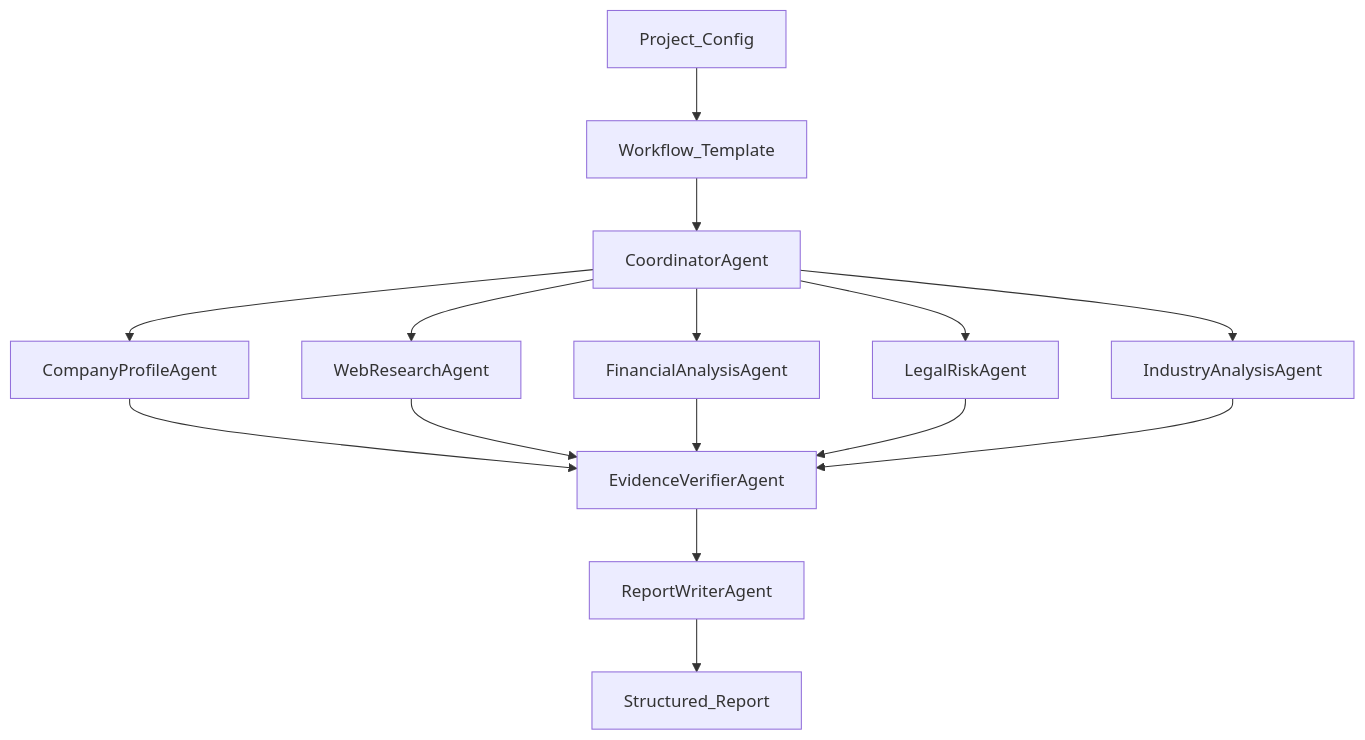
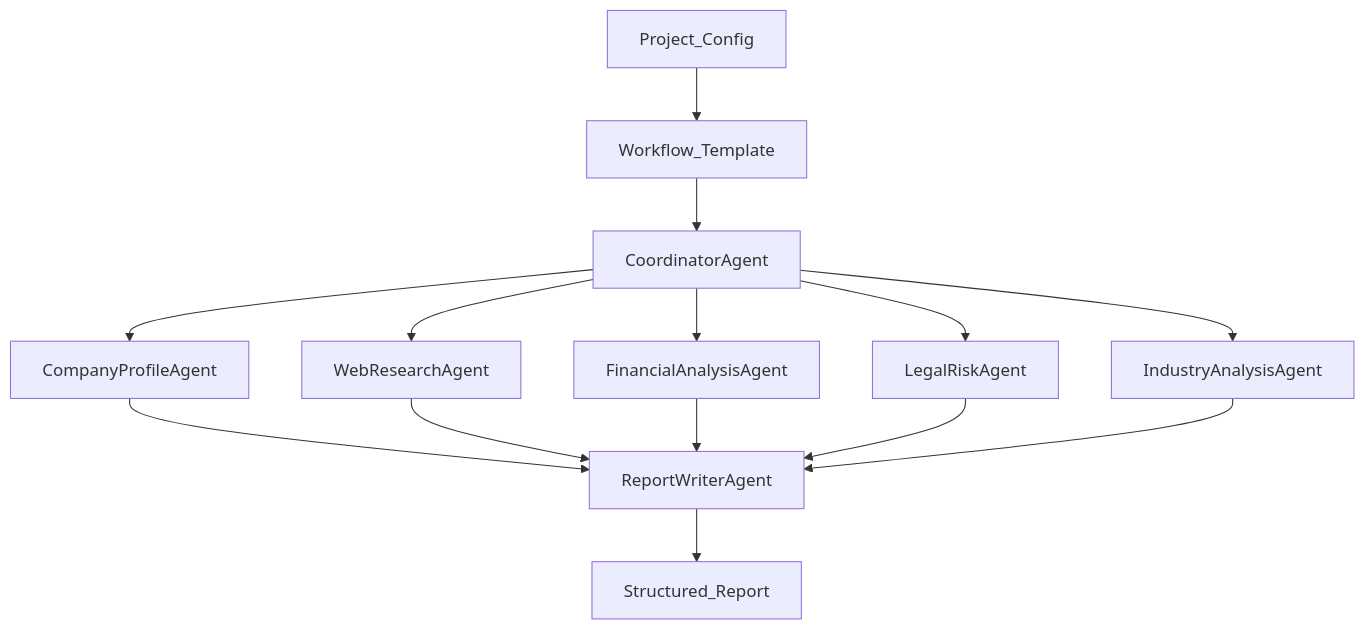
Before and after one commit to yuanjungod/DD_project: the diagram in docs/agent_flow.md, drawn with Mermaid. The commit also changed other lines of this file and 58 other files, not shown here.

````diff
--- a/docs/agent_flow.md
+++ b/docs/agent_flow.md
@@ -76,17 +75,16 @@
 ```mermaid
 flowchart TD
   ProjectConfig[Project_Config] --> WorkflowTemplate[Workflow_Template]
   WorkflowTemplate --> Coordinator[CoordinatorAgent]
   Coordinator --> CompanyProfile[CompanyProfileAgent]
   Coordinator --> WebResearch[WebResearchAgent]
   Coordinator --> Financial[FinancialAnalysisAgent]
   Coordinator --> Legal[LegalRiskAgent]
   Coordinator --> Industry[IndustryAnalysisAgent]
-  CompanyProfile --> EvidenceVerifier[EvidenceVerifierAgent]
-  WebResearch --> EvidenceVerifier
-  Financial --> EvidenceVerifier
-  Legal --> EvidenceVerifier
-  Industry --> EvidenceVerifier
-  EvidenceVerifier --> ReportWriter[ReportWriterAgent]
+  CompanyProfile --> ReportWriter[ReportWriterAgent]
+  WebResearch --> ReportWriter
+  Financial --> ReportWriter
+  Legal --> ReportWriter
+  Industry --> ReportWriter
   ReportWriter --> Report[Structured_Report]
 ```
````
